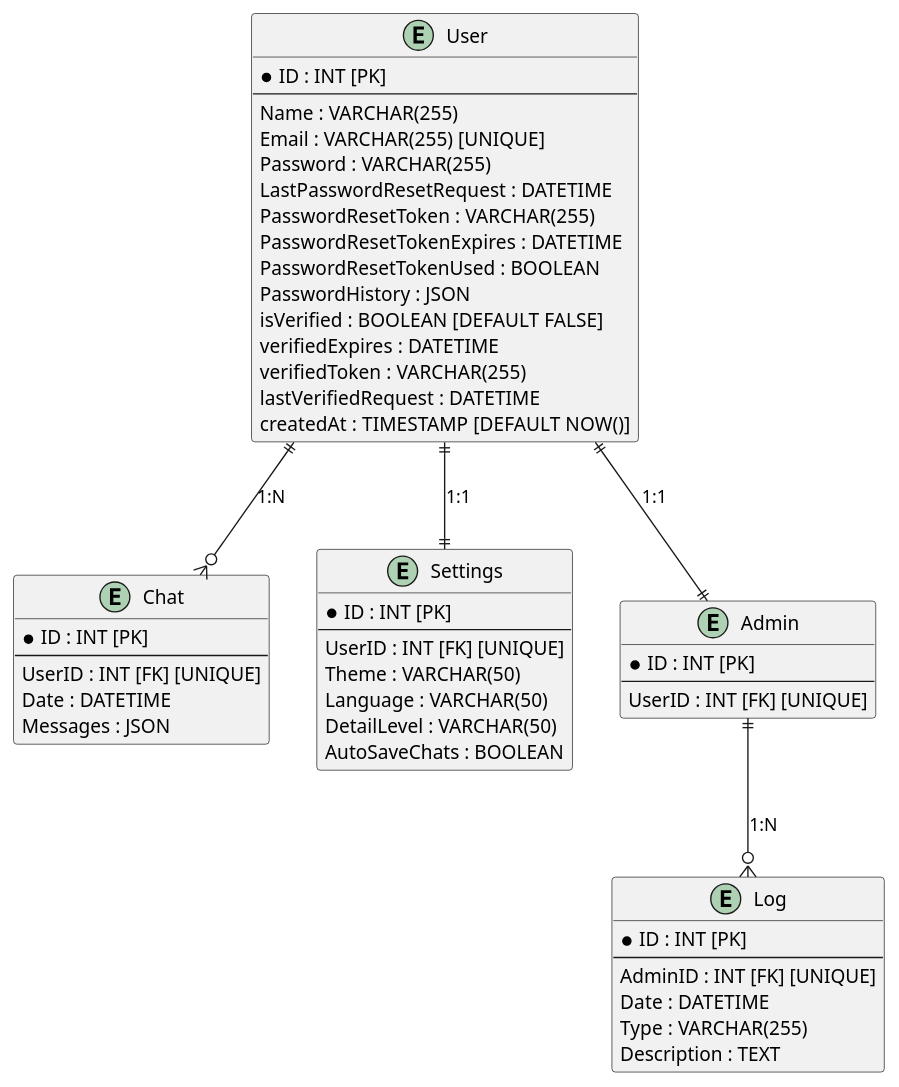
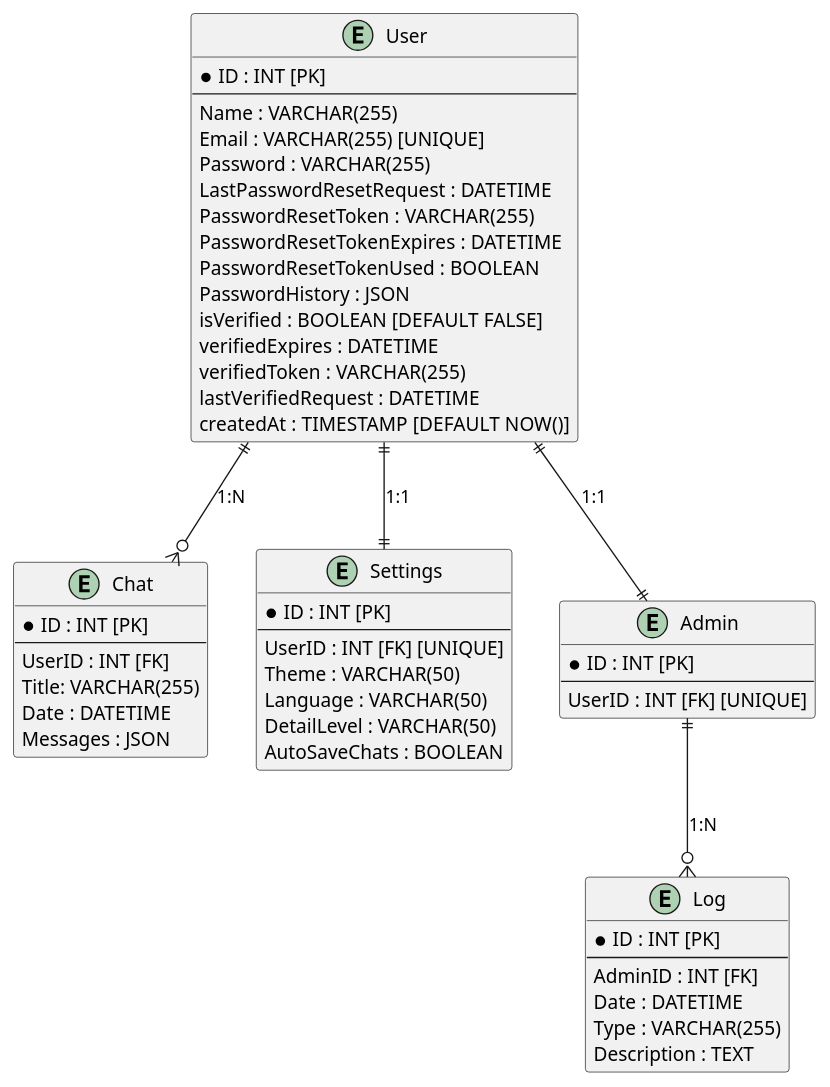
One commit to josepablo98/techie changed the diagram in relationship_model/relationship_diagram.puml. Above: the diagram before and after it, drawn with PlantUML. The commit also changed 5 other files, not shown here.

```diff
--- a/relationship_model/relationship_diagram.puml
+++ b/relationship_model/relationship_diagram.puml
@@ -1,58 +1,59 @@
 @startuml
 entity "User" as U {
     * ID : INT [PK]
     --
     Name : VARCHAR(255)
     Email : VARCHAR(255) [UNIQUE]
     Password : VARCHAR(255)
     LastPasswordResetRequest : DATETIME
     PasswordResetToken : VARCHAR(255)
     PasswordResetTokenExpires : DATETIME
     PasswordResetTokenUsed : BOOLEAN
     PasswordHistory : JSON
     isVerified : BOOLEAN [DEFAULT FALSE]
     verifiedExpires : DATETIME
     verifiedToken : VARCHAR(255)
     lastVerifiedRequest : DATETIME
     createdAt : TIMESTAMP [DEFAULT NOW()]
 }
 
 entity "Chat" as C {
     * ID : INT [PK]
     --
-    UserID : INT [FK] [UNIQUE]
+    UserID : INT [FK]
+    Title: VARCHAR(255)
     Date : DATETIME
     Messages : JSON
 }
 
 entity "Settings" as S {
     * ID : INT [PK]
     --
     UserID : INT [FK] [UNIQUE]
     Theme : VARCHAR(50)
     Language : VARCHAR(50)
     DetailLevel : VARCHAR(50)
     AutoSaveChats : BOOLEAN
 }
 
 entity "Admin" as A {
     * ID : INT [PK]
     --
     UserID : INT [FK] [UNIQUE]
 }
 
 entity "Log" as L {
     * ID : INT [PK]
     --
-    AdminID : INT [FK] [UNIQUE]
+    AdminID : INT [FK]
     Date : DATETIME
     Type : VARCHAR(255)
     Description : TEXT
 }
 
 
 U ||--o{ C : "1:N"
 U ||--|| S : "1:1"
 U ||--|| A : "1:1"
 A ||--o{ L : "1:N"
 @enduml
```
